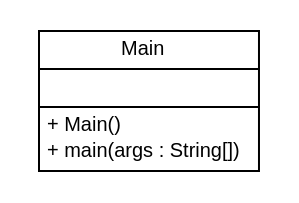
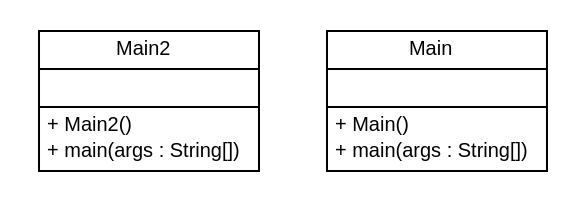
The diagram in Resources/Documentation/Sensorplatform/site/apidocs/de/fhg/fit/biomos/sensorplatform/main/de.fhg.fit.biomos.sensorplatform.main.dot (linksmart/sensor-platform), drawn with Graphviz before and after one commit. The commit also changed 1823 other files, not shown here.

```diff
--- a/Resources/Documentation/Sensorplatform/site/apidocs/de/fhg/fit/biomos/sensorplatform/main/de.fhg.fit.biomos.sensorplatform.main.dot
+++ b/Resources/Documentation/Sensorplatform/site/apidocs/de/fhg/fit/biomos/sensorplatform/main/de.fhg.fit.biomos.sensorplatform.main.dot
@@ -1,25 +1,38 @@
 #!/usr/local/bin/dot
 #
 # Class diagram 
 # Generated by UMLGraph version R5_6 (http://www.umlgraph.org/)
 #
 
 digraph G {
 	edge [fontname="arial",fontsize=10,labelfontname="arial",labelfontsize=10];
 	node [fontname="arial",fontsize=10,shape=plaintext];
 	nodesep=0.25;
 	ranksep=0.5;
+	// de.fhg.fit.biomos.sensorplatform.main.Main2
+	c463 [label=<<table title="de.fhg.fit.biomos.sensorplatform.main.Main2" border="0" cellborder="1" cellspacing="0" cellpadding="2" port="p" href="./Main2.html">
+		<tr><td><table border="0" cellspacing="0" cellpadding="1">
+<tr><td align="center" balign="center"> Main2 </td></tr>
+		</table></td></tr>
+		<tr><td><table border="0" cellspacing="0" cellpadding="1">
+<tr><td align="left" balign="left">  </td></tr>
+		</table></td></tr>
+		<tr><td><table border="0" cellspacing="0" cellpadding="1">
+<tr><td align="left" balign="left"> + Main2() </td></tr>
+<tr><td align="left" balign="left"> + main(args : String[]) </td></tr>
+		</table></td></tr>
+		</table>>, URL="./Main2.html", fontname="arial", fontcolor="black", fontsize=10.0];
 	// de.fhg.fit.biomos.sensorplatform.main.Main
-	c457 [label=<<table title="de.fhg.fit.biomos.sensorplatform.main.Main" border="0" cellborder="1" cellspacing="0" cellpadding="2" port="p" href="./Main.html">
+	c464 [label=<<table title="de.fhg.fit.biomos.sensorplatform.main.Main" border="0" cellborder="1" cellspacing="0" cellpadding="2" port="p" href="./Main.html">
 		<tr><td><table border="0" cellspacing="0" cellpadding="1">
 <tr><td align="center" balign="center"> Main </td></tr>
 		</table></td></tr>
 		<tr><td><table border="0" cellspacing="0" cellpadding="1">
 <tr><td align="left" balign="left">  </td></tr>
 		</table></td></tr>
 		<tr><td><table border="0" cellspacing="0" cellpadding="1">
 <tr><td align="left" balign="left"> + Main() </td></tr>
 <tr><td align="left" balign="left"> + main(args : String[]) </td></tr>
 		</table></td></tr>
 		</table>>, URL="./Main.html", fontname="arial", fontcolor="black", fontsize=10.0];
 }
```
